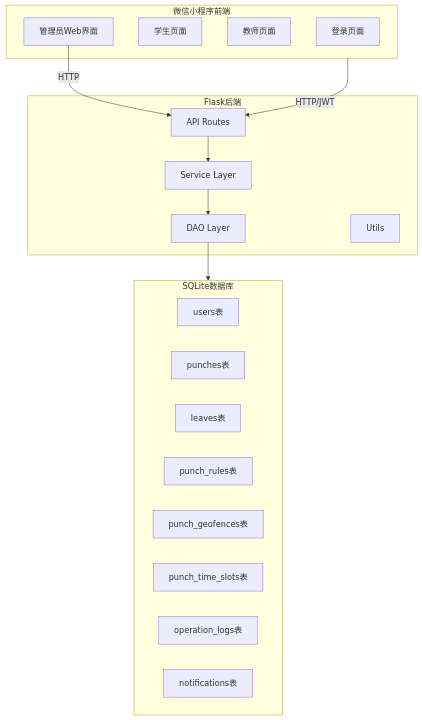
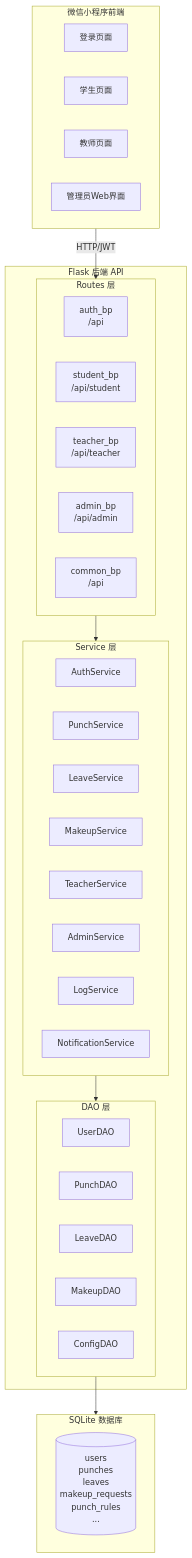
The first of 4 diagrams in README.md (cchharrmmmmyyy/class-checkin-wxapp), drawn with Mermaid before and after one commit. The commit also changed other lines of this file, not shown here.

````diff
--- a/README.md
+++ b/README.md
@@ -25,34 +26,47 @@
 ```mermaid
 flowchart TB
     subgraph Frontend["微信小程序前端"]
         Login["登录页面"]
         StudentPages["学生页面"]
         TeacherPages["教师页面"]
         AdminWeb["管理员Web界面"]
     end
 
-    subgraph Backend["Flask后端"]
-        Routes["API Routes"]
-        Services["Service Layer"]
-        DAO["DAO Layer"]
-        Utils["Utils"]
+    subgraph Backend["Flask 后端 API"]
+        subgraph Routes["Routes 层"]
+            auth_bp["auth_bp<br/>/api"]
+            student_bp["student_bp<br/>/api/student"]
+            teacher_bp["teacher_bp<br/>/api/teacher"]
+            admin_bp["admin_bp<br/>/api/admin"]
+            common_bp["common_bp<br/>/api"]
+        end
+
+        subgraph Services["Service 层"]
+            Auth["AuthService"]
+            Punch["PunchService"]
+            Leave["LeaveService"]
+            Makeup["MakeupService"]
+            Teacher["TeacherService"]
+            Admin["AdminService"]
+            Log["LogService"]
+            Notification["NotificationService"]
+        end
+
+        subgraph DAO["DAO 层"]
+            UserDAO["UserDAO"]
+            PunchDAO["PunchDAO"]
+            LeaveDAO["LeaveDAO"]
+            MakeupDAO["MakeupDAO"]
+            ConfigDAO["ConfigDAO"]
+        end
     end
 
-    subgraph Database["SQLite数据库"]
-        Users["users表"]
-        Punches["punches表"]
-        Leaves["leaves表"]
-        Rules["punch_rules表"]
-        Geofences["punch_geofences表"]
-        TimeSlots["punch_time_slots表"]
-        Logs["operation_logs表"]
-        Notifications["notifications表"]
+    subgraph Database["SQLite 数据库"]
+        DB[("users<br/>punches<br/>leaves<br/>makeup_requests<br/>punch_rules<br/>...")]
     end
 
     Frontend -->|HTTP/JWT| Routes
     Routes --> Services
     Services --> DAO
     DAO --> Database
-
-    AdminWeb -->|HTTP| Routes
 ```
````
